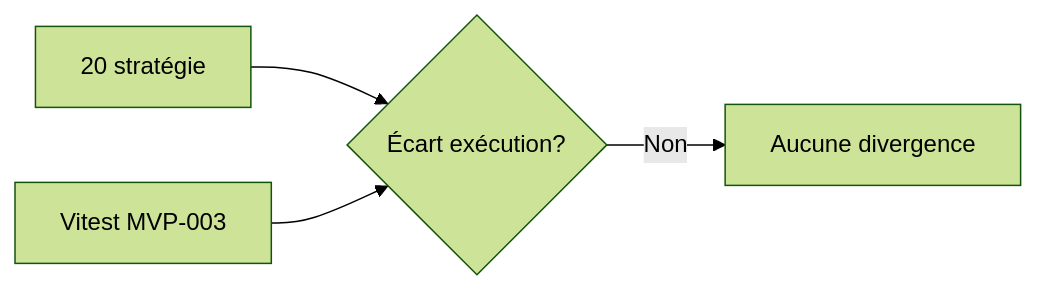
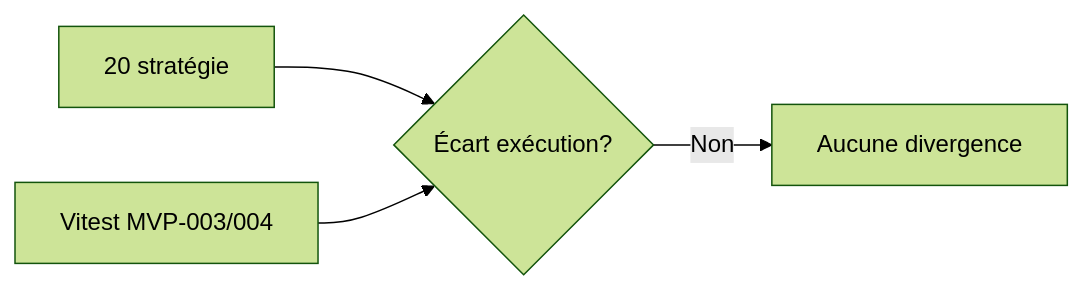
Before and after one commit to JavaChrist/Tai-Chi-AI-Coach: the fifth of 5 diagrams in docs/runtime/09_TEST_STATUS.md, drawn with Mermaid (forest theme). The commit also changed other lines of this file and 30 other files, not shown here.

````diff
--- a/docs/runtime/09_TEST_STATUS.md
+++ b/docs/runtime/09_TEST_STATUS.md
@@ -140,6 +151,6 @@
 ```mermaid
 flowchart LR
   C20[20 stratégie] --> Q{Écart exécution?}
-  Real[Vitest MVP-003] --> Q
+  Real[Vitest MVP-003/004] --> Q
   Q -->|Non| OK[Aucune divergence]
 ```
````
